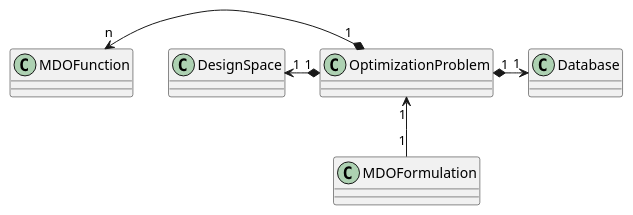
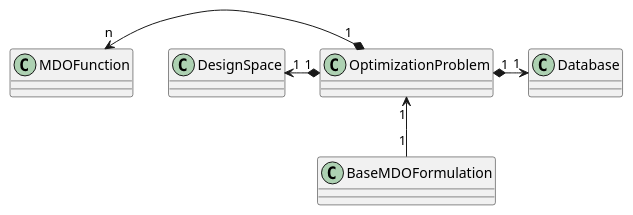
Before and after one commit to gemseo/gemseo: the fifth of 5 diagrams in doc_src/software/system_architecture.rst, drawn with PlantUML. The commit also changed other lines of this file and 39 other files, not shown here.

```diff
--- a/doc_src/software/system_architecture.rst
+++ b/doc_src/software/system_architecture.rst
@@ -341,19 +341,19 @@
 .. uml::
 
    @startuml
    class OptimizationProblem {
    }
    class DesignSpace {
    }
    class MDOFunction {
    }
    class Database {
    }
-   class MDOFormulation {
+   class BaseMDOFormulation {
    }
 
-   MDOFormulation "1" --up> "1" OptimizationProblem
+   BaseMDOFormulation "1" --up> "1" OptimizationProblem
    OptimizationProblem "1" *-up> "1" DesignSpace
    OptimizationProblem "1" *-up> "n" MDOFunction
    OptimizationProblem "1" *-> "1" Database
    @end uml
```
